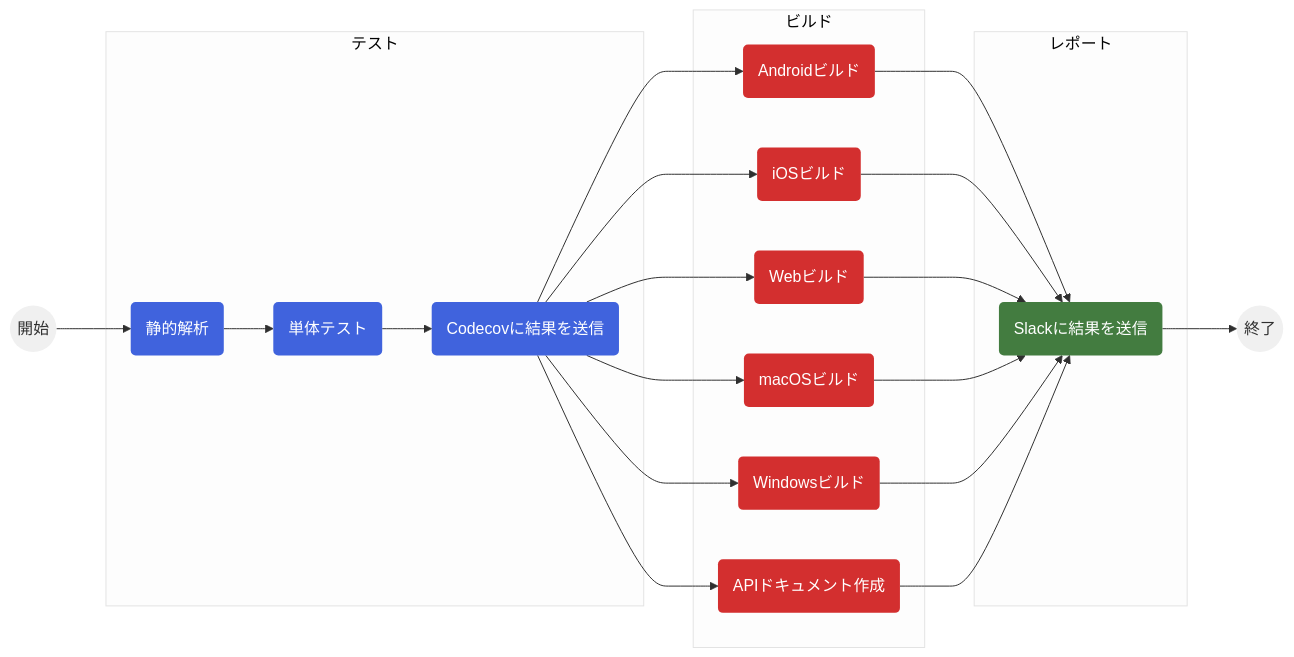
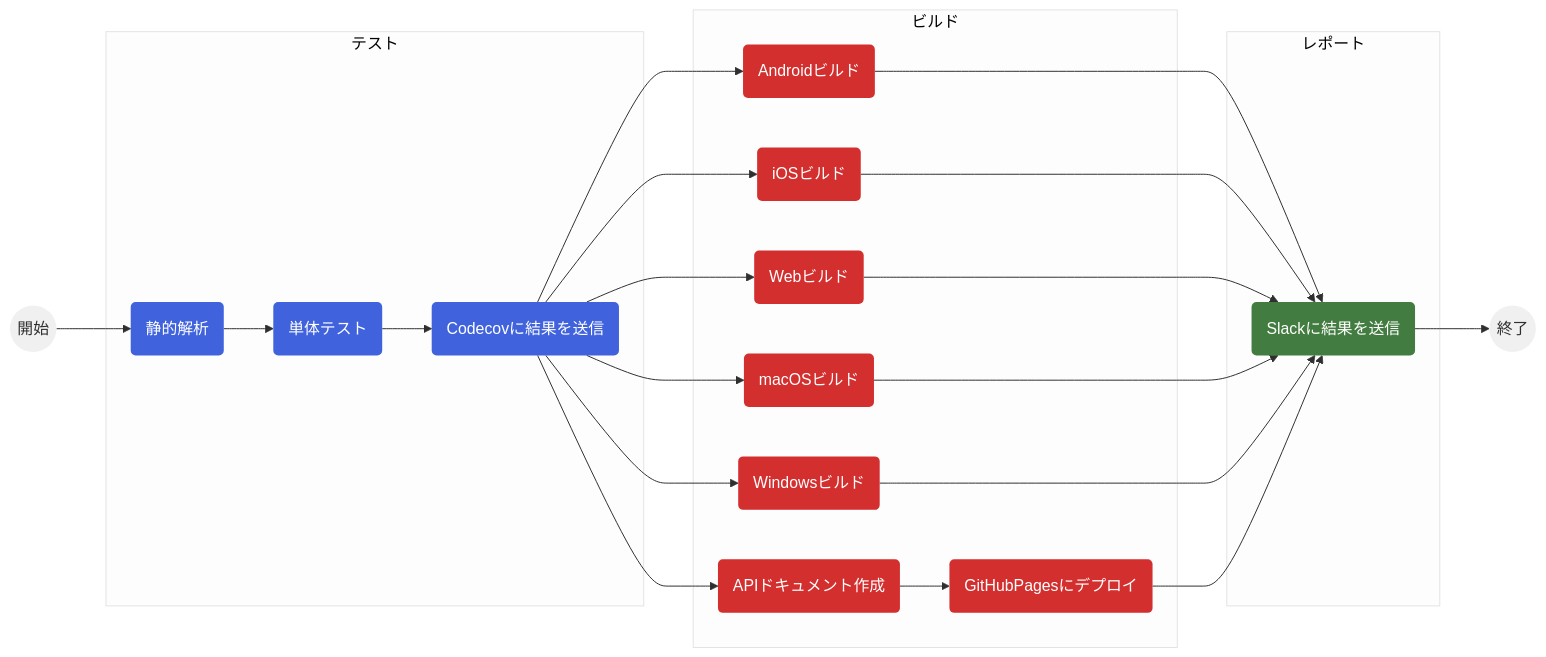
One commit to susatthi/github-search changed the second of 2 diagrams in README.md. Above: the diagram before and after it, drawn with Mermaid. The commit also changed other lines of this file, not shown here.

Commit message:
#51 impl README更新

````diff
--- a/README.md
+++ b/README.md
@@ -186,35 +188,36 @@
 ```mermaid
 %%{init:{'theme':'base','themeVariables':{'primaryColor':'#f0f0f0','primaryTextColor':'#2f2f2f', 'lineColor':'#2f2f2f','textColor':'#2f2f2f','fontSize':'16px','nodeBorder':'0px'}}}%%
 flowchart LR
     Start((開始)) --> Analyze(静的解析)
     subgraph テスト
     Analyze --> Test(単体テスト)
     Test --> UploadCoverage(Codecovに結果を送信)
     end
     subgraph ビルド
     UploadCoverage --> BuildAndroid(Androidビルド)
     UploadCoverage --> BuildiOS(iOSビルド)
     UploadCoverage --> BuildWeb(Webビルド)
     UploadCoverage --> BuildMacOS(macOSビルド)
     UploadCoverage --> BuildWindows(Windowsビルド)
     UploadCoverage --> CreateApiDoc(APIドキュメント作成)
+    CreateApiDoc --> DeployGitHubPages(GitHubPagesにデプロイ)
     end
     subgraph レポート
-    BuildAndroid --> NotifySlack(Slackに結果を送信)
-    BuildiOS --> NotifySlack
-    BuildWeb --> NotifySlack
-    BuildMacOS --> NotifySlack
-    BuildWindows --> NotifySlack
-    CreateApiDoc --> NotifySlack
+    BuildAndroid ---> NotifySlack(Slackに結果を送信)
+    BuildiOS ---> NotifySlack
+    BuildWeb ---> NotifySlack
+    BuildMacOS ---> NotifySlack
+    BuildWindows ---> NotifySlack
+    DeployGitHubPages --> NotifySlack
     end
     NotifySlack --> End((終了))
 
     classDef anchor fill:#4063DD, color:#ffffff;
     classDef testJob fill:#4063DD, color:#ffffff;
     classDef buildJob fill:#d32f2f, color:#ffffff;
     classDef reportJob fill:#437C40, color:#ffffff;
     %% class Start,End anchor;
     class Analyze,Test,UploadCoverage testJob;
-    class BuildAndroid,BuildiOS,BuildWeb,BuildMacOS,BuildWindows,CreateApiDoc buildJob;
+    class BuildAndroid,BuildiOS,BuildWeb,BuildMacOS,BuildWindows,CreateApiDoc,DeployGitHubPages buildJob;
     class NotifySlack reportJob;
 ```
````
